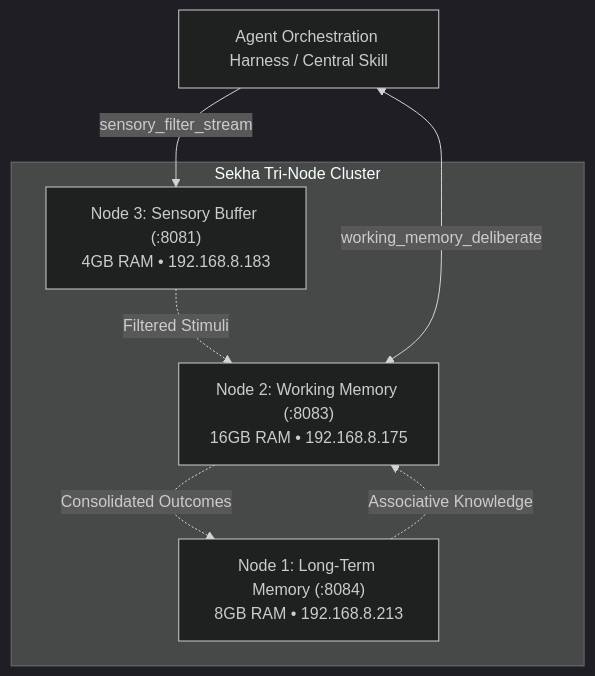
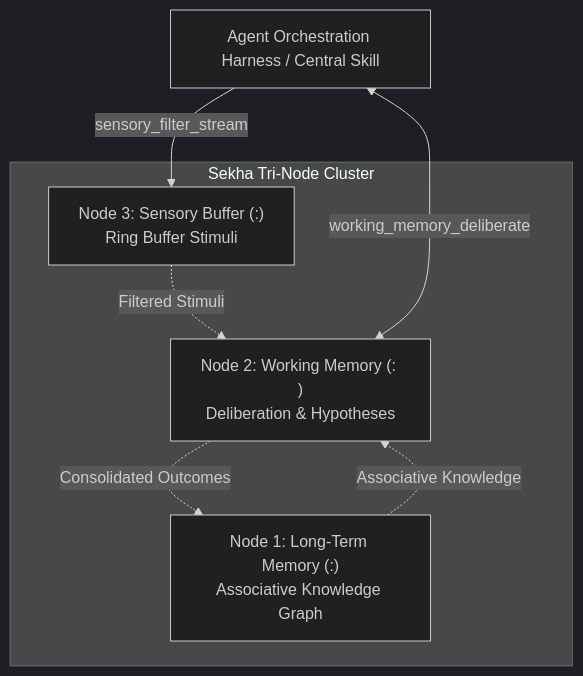
Before and after one commit to Duara-Cortex/sekha-working-scratchpad: the diagram in README.md, drawn with Mermaid (dark theme). The commit also changed other lines of this file and 15 other files, not shown here.

````diff
--- a/README.md
+++ b/README.md
@@ -16,16 +17,16 @@
 ```mermaid
 graph TD
     Harness[Agent Orchestration Harness / Central Skill]
     
     subgraph Cluster["Sekha Tri-Node Cluster"]
-        Node3["Node 3: Sensory Buffer (:8081)<br>4GB RAM • 192.168.8.183"]
-        Node2["Node 2: Working Memory (:8083)<br>16GB RAM • 192.168.8.175"]
-        Node1["Node 1: Long-Term Memory (:8084)<br>8GB RAM • 192.168.8.213"]
+        Node3["Node 3: Sensory Buffer (:<port>)<br>Ring Buffer Stimuli"]
+        Node2["Node 2: Working Memory (:<port> )<br>Deliberation & Hypotheses"]
+        Node1["Node 1: Long-Term Memory (:<port>)<br>Associative Knowledge Graph"]
     end
     
     Harness -->|"sensory_filter_stream"| Node3
     Node3 -.->|"Filtered Stimuli"| Node2
     Node1 -.->|"Associative Knowledge"| Node2
     Harness <-->|"working_memory_deliberate"| Node2
     Node2 -.->|"Consolidated Outcomes"| Node1
 ```
````
